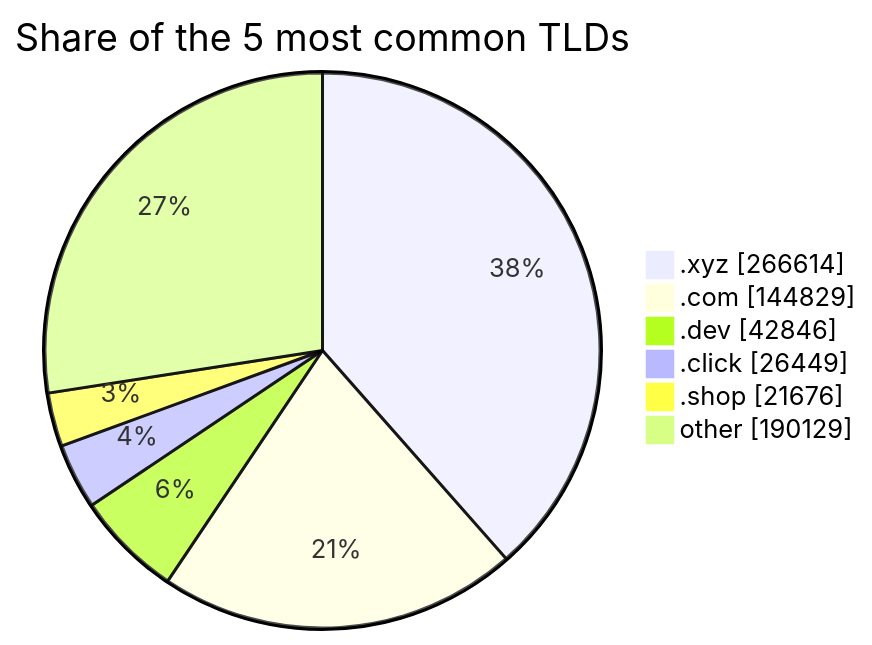
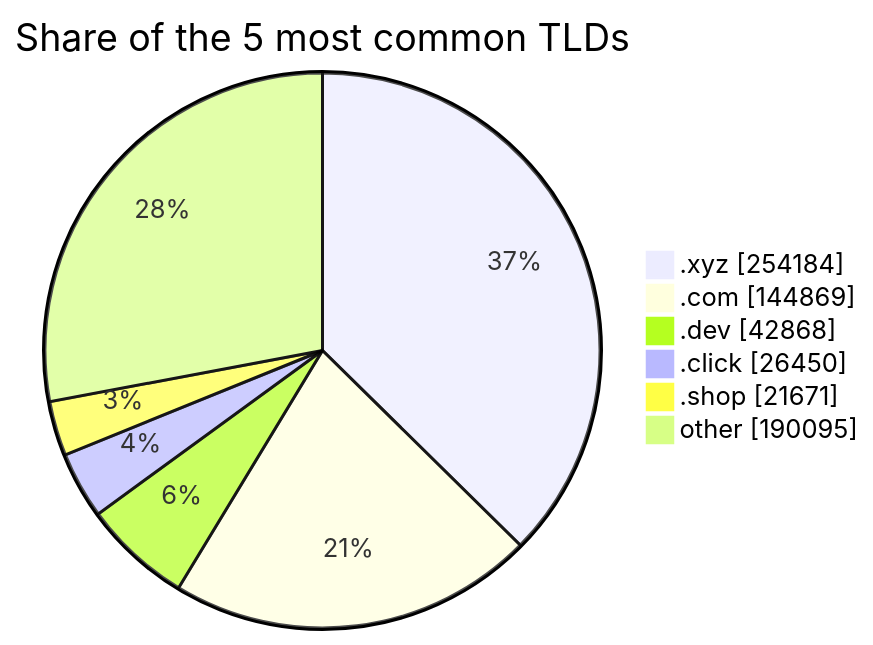
One commit to DNSBunker/CTI changed the third of 3 diagrams in README.md. Above: the diagram before and after it, drawn with Mermaid. The commit also changed other lines of this file and 3 other files, not shown here.

````diff
--- a/README.md
+++ b/README.md
@@ -81,9 +81,9 @@
 ```mermaid
 pie showData title Share of the 5 most common TLDs
-    ".xyz" : 266614
-    ".com" : 144829
-    ".dev" : 42846
-    ".click" : 26449
-    ".shop" : 21676
-    "other" : 190129
+    ".xyz" : 254184
+    ".com" : 144869
+    ".dev" : 42868
+    ".click" : 26450
+    ".shop" : 21671
+    "other" : 190095
 ```
````
